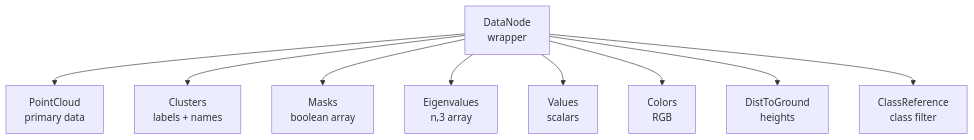
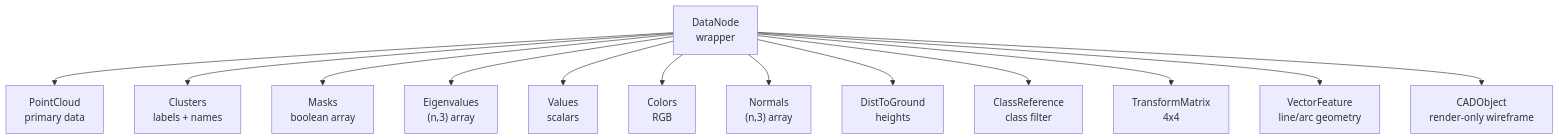
The seventh of 8 diagrams in ARCHITECTURE.md (Sepehr-Sobhani-AU/SPCToolkit), drawn with Mermaid before and after one commit. The commit also changed other lines of this file and 2 other files, not shown here.

First line of the commit message:
docs: refresh the architecture references and add generated diagrams

````diff
--- a/ARCHITECTURE.md
+++ b/ARCHITECTURE.md
@@ -414,12 +545,16 @@
 ```mermaid
 flowchart TB
-    DN[DataNode\nwrapper]
-    DN --> PC[PointCloud\nprimary data]
-    DN --> CL[Clusters\nlabels + names]
-    DN --> MA[Masks\nboolean array]
-    DN --> EV[Eigenvalues\nn,3 array]
-    DN --> VA[Values\nscalars]
-    DN --> CO[Colors\nRGB]
-    DN --> DG[DistToGround\nheights]
-    DN --> CR[ClassReference\nclass filter]
+    DN["DataNode<br/>wrapper"]
+    DN --> PC["PointCloud<br/>primary data"]
+    DN --> CL["Clusters<br/>labels + names"]
+    DN --> MA["Masks<br/>boolean array"]
+    DN --> EV["Eigenvalues<br/>(n,3) array"]
+    DN --> VA["Values<br/>scalars"]
+    DN --> CO["Colors<br/>RGB"]
+    DN --> NO["Normals<br/>(n,3) array"]
+    DN --> DG["DistToGround<br/>heights"]
+    DN --> CR["ClassReference<br/>class filter"]
+    DN --> TM["TransformMatrix<br/>4x4"]
+    DN --> VF["VectorFeature<br/>line/arc geometry"]
+    DN --> CAD["CADObject<br/>render-only wireframe"]
 ```
````
